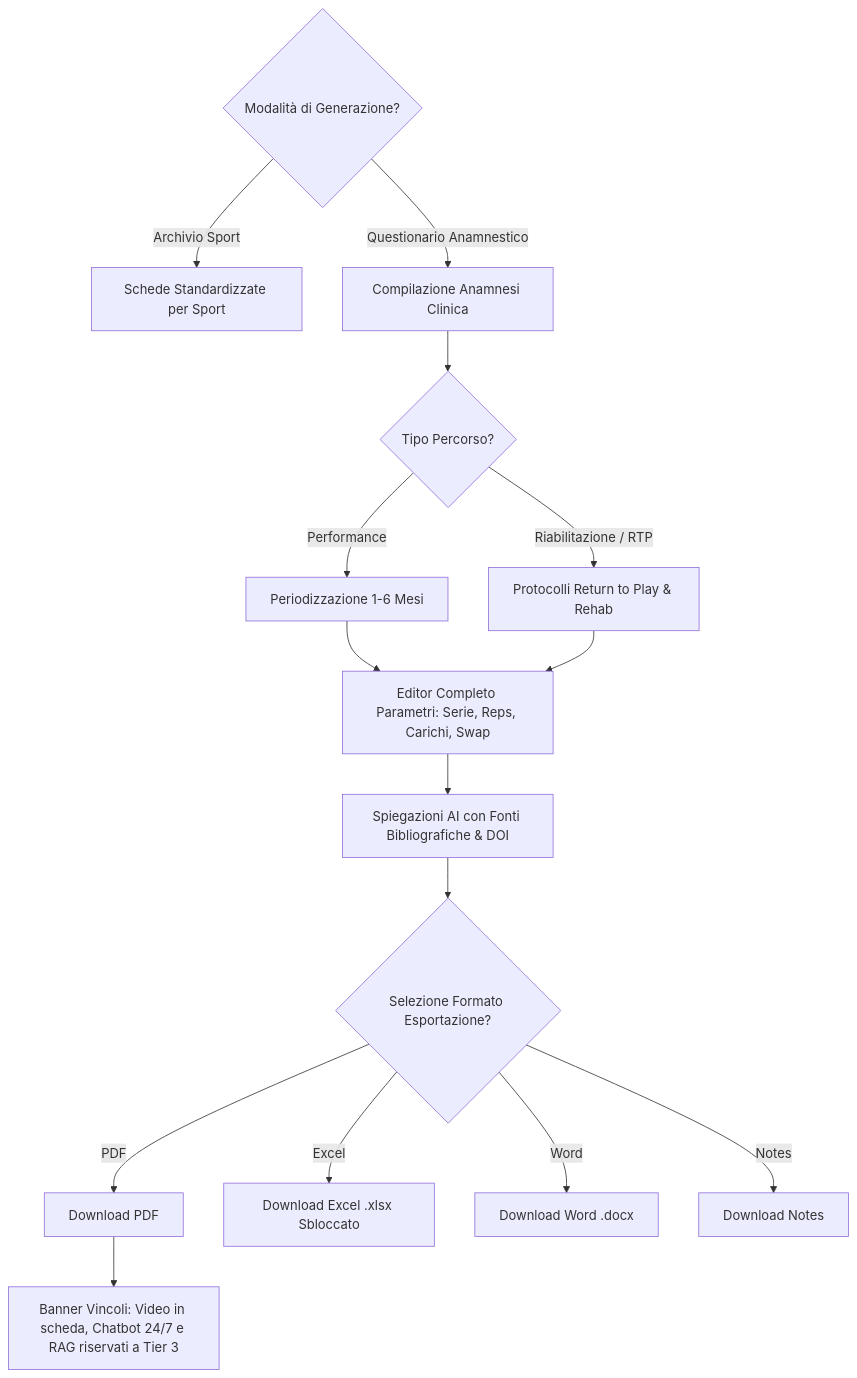
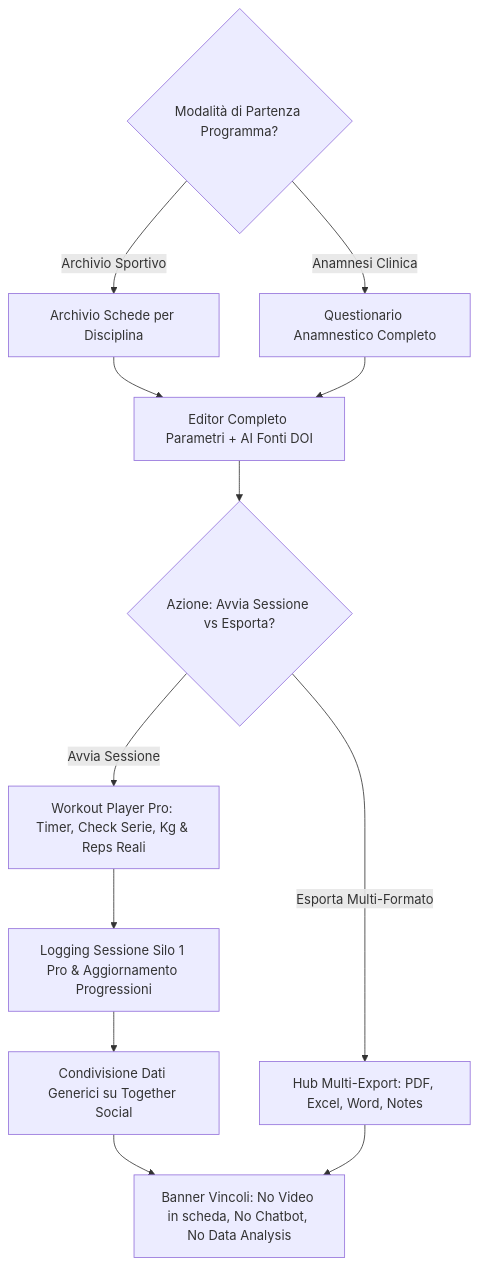
The second of 2 diagrams in architecture-blueprint/00-capitolato-tecnico-e-glossario/09-software-2-flow-3b-macrocycle-ai-triage119.md (sportscience2025-star/Sports-Analytics-Platform---T7-Workout-APP), drawn with Mermaid before and after one commit. The commit also changed other lines of this file and 11 other files, not shown here.

Commit message:
feat(programming): add workout player, gym interface and together social sharing across tiers 1-3

````diff
--- a/architecture-blueprint/00-capitolato-tecnico-e-glossario/09-software-2-flow-3b-macrocycle-ai-triage119.md
+++ b/architecture-blueprint/00-capitolato-tecnico-e-glossario/09-software-2-flow-3b-macrocycle-ai-triage119.md
@@ -106,23 +126,18 @@
 ```mermaid
 flowchart TD
-    DEC_SOURCE{Modalità di Generazione?}
-    DEC_SOURCE -->|Archivio Sport| UI_SPORT[Schede Standardizzate per Sport]
-    DEC_SOURCE -->|Questionario Anamnestico| UI_ANAM[Compilazione Anamnesi Clinica]
+    DEC_SOURCE{Modalità di Partenza Programma?}
+    DEC_SOURCE -->|Archivio Sportivo| UI_SPORT[Archivio Schede per Disciplina]
+    DEC_SOURCE -->|Anamnesi Clinica| UI_ANAMNESIS[Questionario Anamnestico Completo]
 
-    UI_ANAM --> DEC_TYPE{Tipo Percorso?}
-    DEC_TYPE -->|Performance| UI_PLAN[Periodizzazione 1-6 Mesi]
-    DEC_TYPE -->|Riabilitazione / RTP| UI_RTP[Protocolli Return to Play & Rehab]
+    UI_SPORT --> UI_EDITOR[Editor Completo Parametri + AI Fonti DOI]
+    UI_ANAMNESIS --> UI_EDITOR
 
-    UI_PLAN --> UI_EDIT[Editor Completo Parametri: Serie, Reps, Carichi, Swap]
-    UI_RTP --> UI_EDIT
+    UI_EDITOR --> DEC_ACTION{Azione: Avvia Sessione vs Esporta?}
+    DEC_ACTION -->|Avvia Sessione| UI_START[Workout Player Pro: Timer, Check Serie, Kg & Reps Reali]
+    DEC_ACTION -->|Esporta Multi-Formato| UI_EXPORT[Hub Multi-Export: PDF, Excel, Word, Notes]
 
-    UI_EDIT --> UI_AI[Spiegazioni AI con Fonti Bibliografiche & DOI]
-    UI_AI --> DEC_EXP{Selezione Formato Esportazione?}
-
-    DEC_EXP -->|PDF| EXP_PDF[Download PDF]
-    DEC_EXP -->|Excel| EXP_XLSX[Download Excel .xlsx Sbloccato]
-    DEC_EXP -->|Word| EXP_DOCX[Download Word .docx]
-    DEC_EXP -->|Notes| EXP_NOTES[Download Notes]
-
-    EXP_PDF --> UI_LIMITS[Banner Vincoli: Video in scheda, Chatbot 24/7 e RAG riservati a Tier 3]
+    UI_START --> UI_LOG[Logging Sessione Silo 1 Pro & Aggiornamento Progressioni]
+    UI_LOG --> UI_SOCIAL[Condivisione Dati Generici su Together Social]
+    UI_SOCIAL --> UI_BANNER[Banner Vincoli: No Video in scheda, No Chatbot, No Data Analysis]
+    UI_EXPORT --> UI_BANNER
 ```
````
